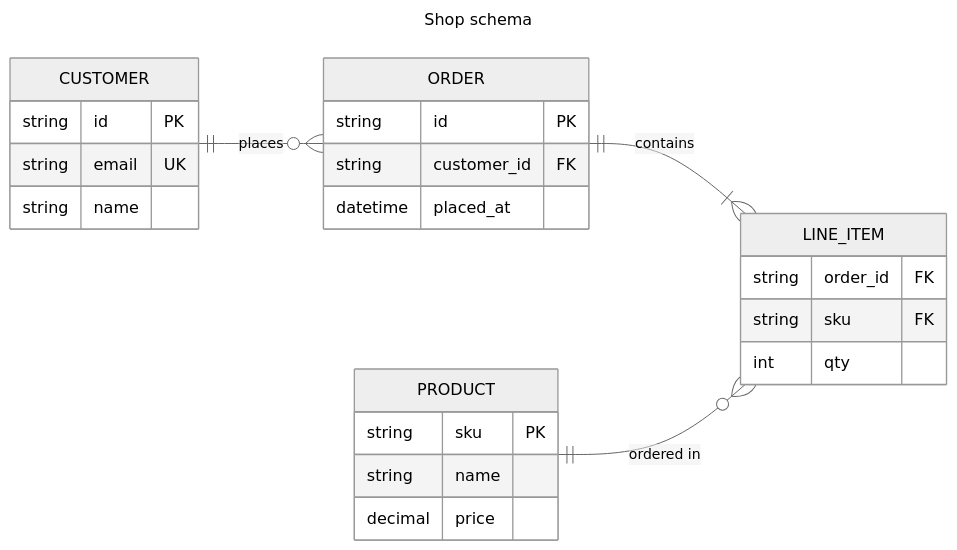
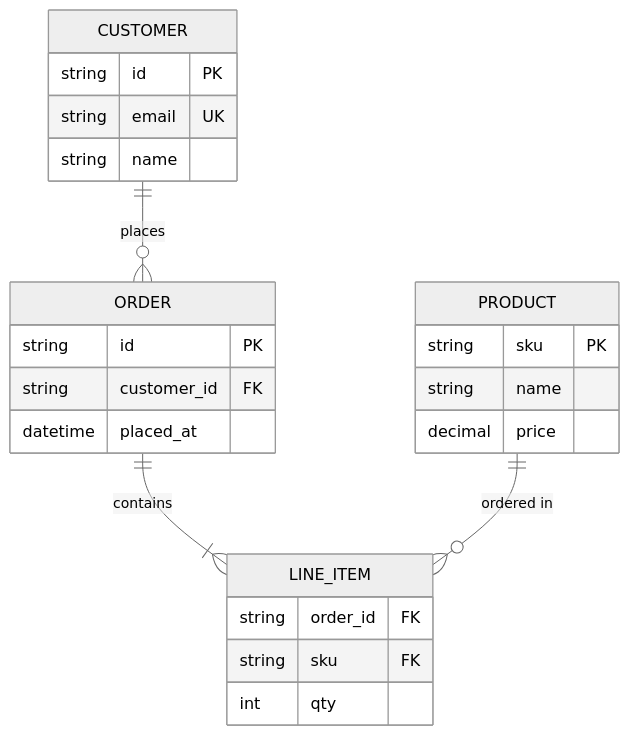
One commit to klesajos/grimoire changed the third of 3 diagrams in plugins/archmage/skills/mermaid/reference/er.md. Above: the diagram before and after it, drawn with Mermaid (neutral theme). The commit also changed other lines of this file and 85 other files, not shown here.

First line of the commit message:
Illustrate archmage reference files with example diagrams

````diff
--- a/plugins/archmage/skills/mermaid/reference/er.md
+++ b/plugins/archmage/skills/mermaid/reference/er.md
@@ -74,30 +81,26 @@
 ```mermaid
----
-title: Shop schema
----
 erDiagram
-  direction LR
   CUSTOMER ||--o{ ORDER : places
   ORDER ||--|{ LINE_ITEM : contains
   PRODUCT ||--o{ LINE_ITEM : "ordered in"
   CUSTOMER {
     string id PK
     string email UK
     string name
   }
   ORDER {
     string id PK
     string customer_id FK
     datetime placed_at
   }
   PRODUCT {
     string sku PK
     string name
     decimal price
   }
   LINE_ITEM {
     string order_id FK
     string sku FK
     int qty
   }
 ```
````
